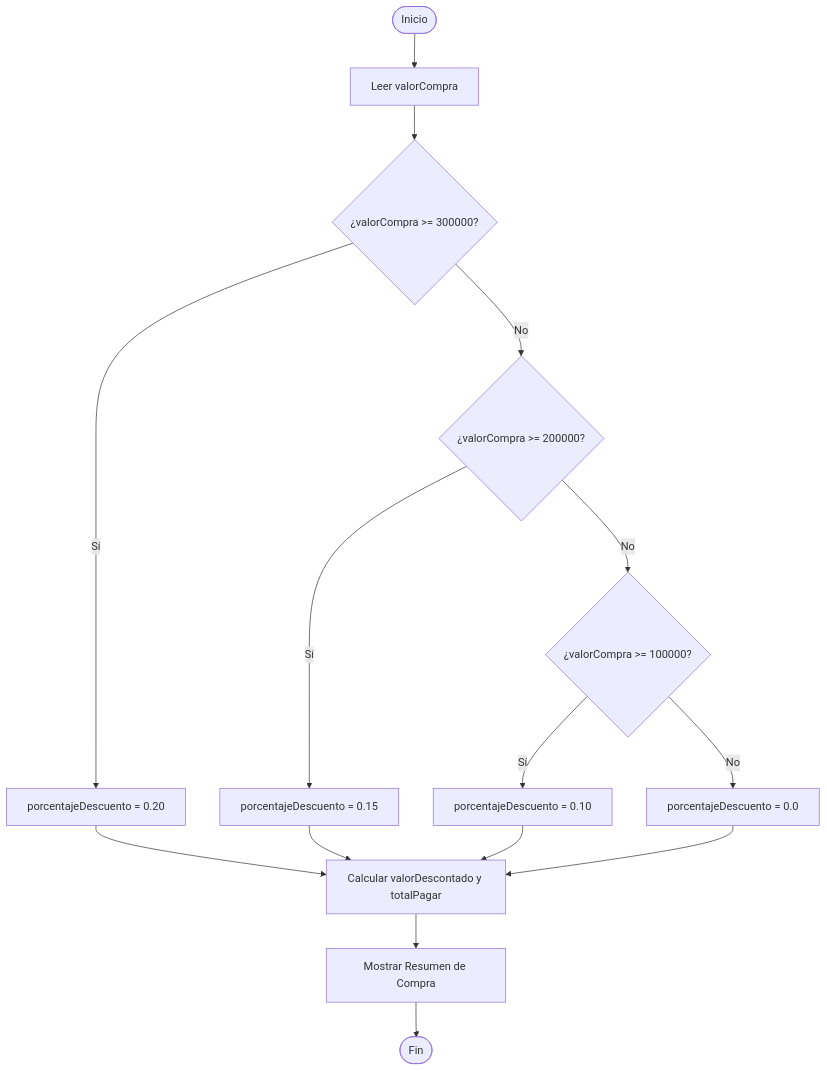
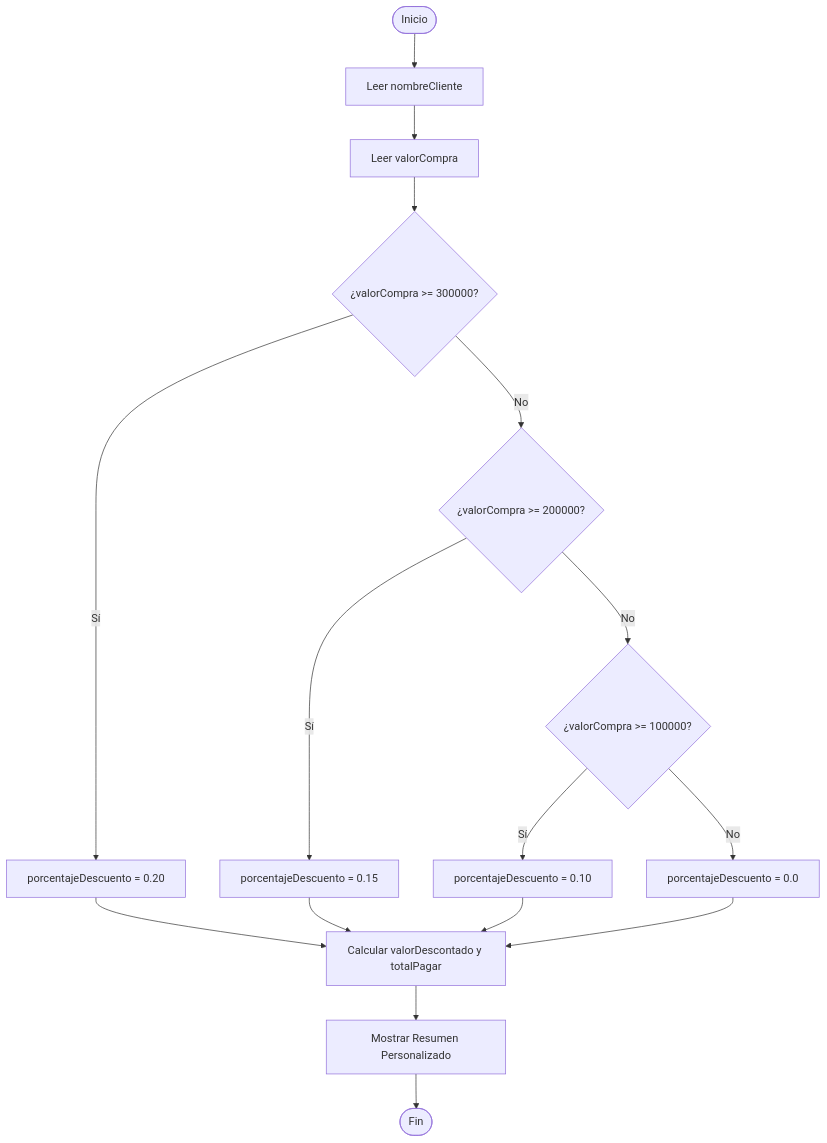
Before and after one commit to anavera011/DescuetoTienda: the diagram in diagrama-flujo.md, drawn with Mermaid. The commit also changed other lines of this file and 1 other file, not shown here.

Commit message:
Se agrega nombre del cliente al sistema y se actualiza el diagrama de flujo

````diff
--- a/diagrama-flujo.md
+++ b/diagrama-flujo.md
@@ -1,17 +1,18 @@
 ```mermaid
 flowchart TD
-    A([Inicio]) --> B[Leer valorCompra]
-    B --> C{"¿valorCompra >= 300000?"}
-    C -->|Sí| D["porcentajeDescuento = 0.20"]
-    C -->|No| E{"¿valorCompra >= 200000?"}
-    E -->|Sí| F["porcentajeDescuento = 0.15"]
-    E -->|No| G{"¿valorCompra >= 100000?"}
-    G -->|Sí| H["porcentajeDescuento = 0.10"]
-    G -->|No| I["porcentajeDescuento = 0.0"]
-    D --> J["Calcular valorDescontado y totalPagar"]
-    F --> J
-    H --> J
-    I --> J
-    J --> K[Mostrar Resumen de Compra]
-    K --> L([Fin])
+    A([Inicio]) --> B[Leer nombreCliente]
+    B --> C[Leer valorCompra]
+    C --> D{"¿valorCompra >= 300000?"}
+    D -->|Sí| E["porcentajeDescuento = 0.20"]
+    D -->|No| F{"¿valorCompra >= 200000?"}
+    F -->|Sí| G["porcentajeDescuento = 0.15"]
+    F -->|No| H{"¿valorCompra >= 100000?"}
+    H -->|Sí| I["porcentajeDescuento = 0.10"]
+    H -->|No| J["porcentajeDescuento = 0.0"]
+    E --> K["Calcular valorDescontado y totalPagar"]
+    G --> K
+    I --> K
+    J --> K
+    K --> L[Mostrar Resumen Personalizado]
+    L --> M([Fin])
 ```
````
